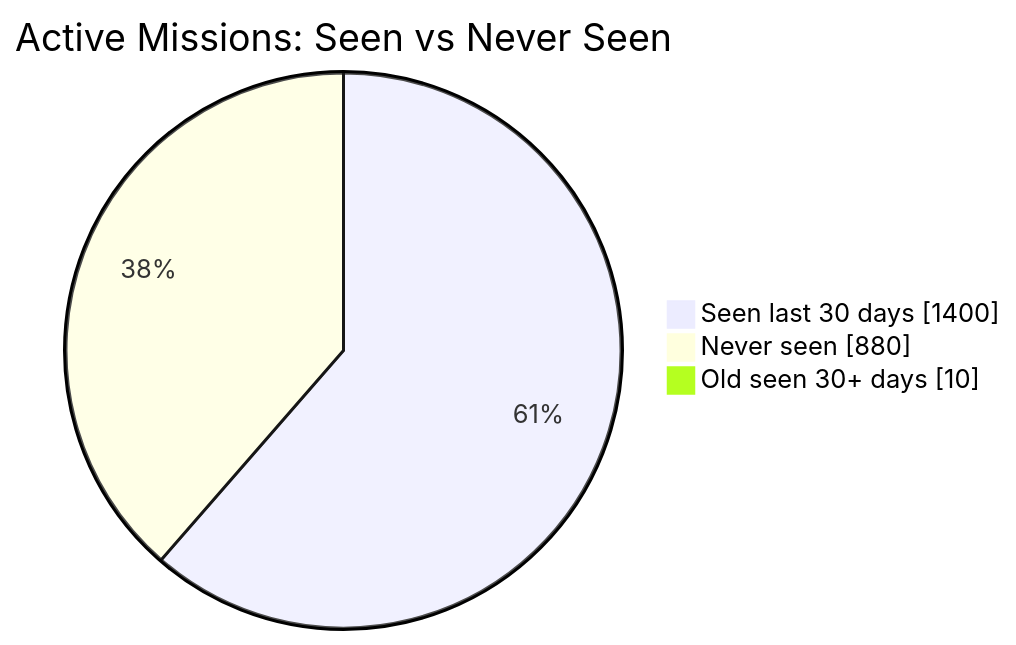
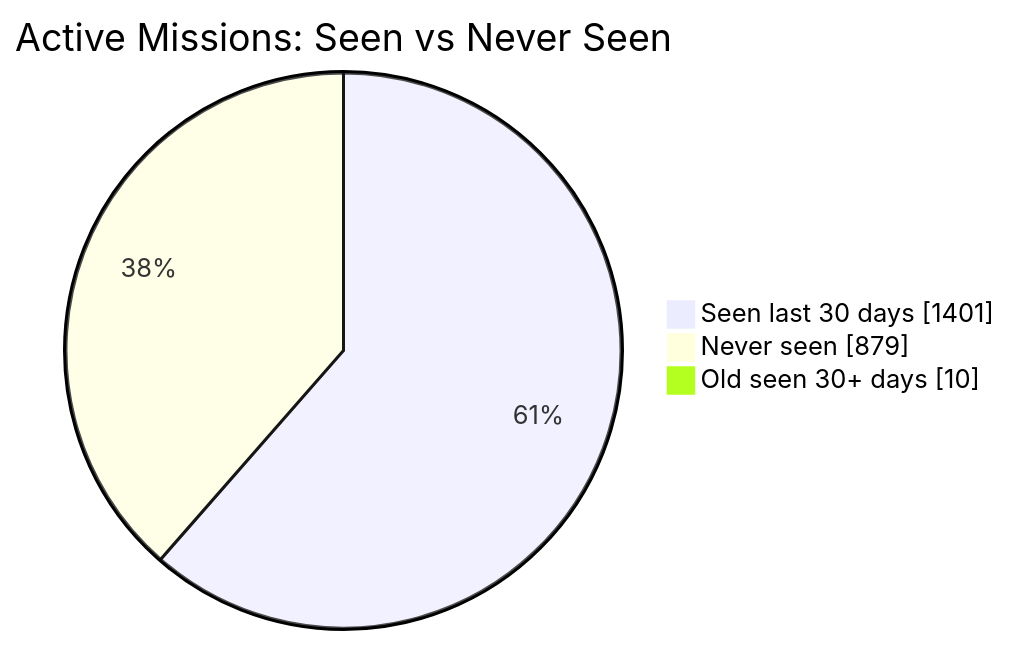
Before and after one commit to MeldkamerspelGameTeam/active-missions: the first of 2 diagrams in README.md, drawn with Mermaid. The commit also changed other lines of this file and 2 other files, not shown here.

````diff
--- a/README.md
+++ b/README.md
@@ -34,7 +34,7 @@
 ```mermaid
 pie showData
     title Active Missions: Seen vs Never Seen
-    "Seen last 30 days" : 1400
-    "Never seen" : 880
+    "Seen last 30 days" : 1401
+    "Never seen" : 879
     "Old seen 30+ days" : 10
 ```
````
